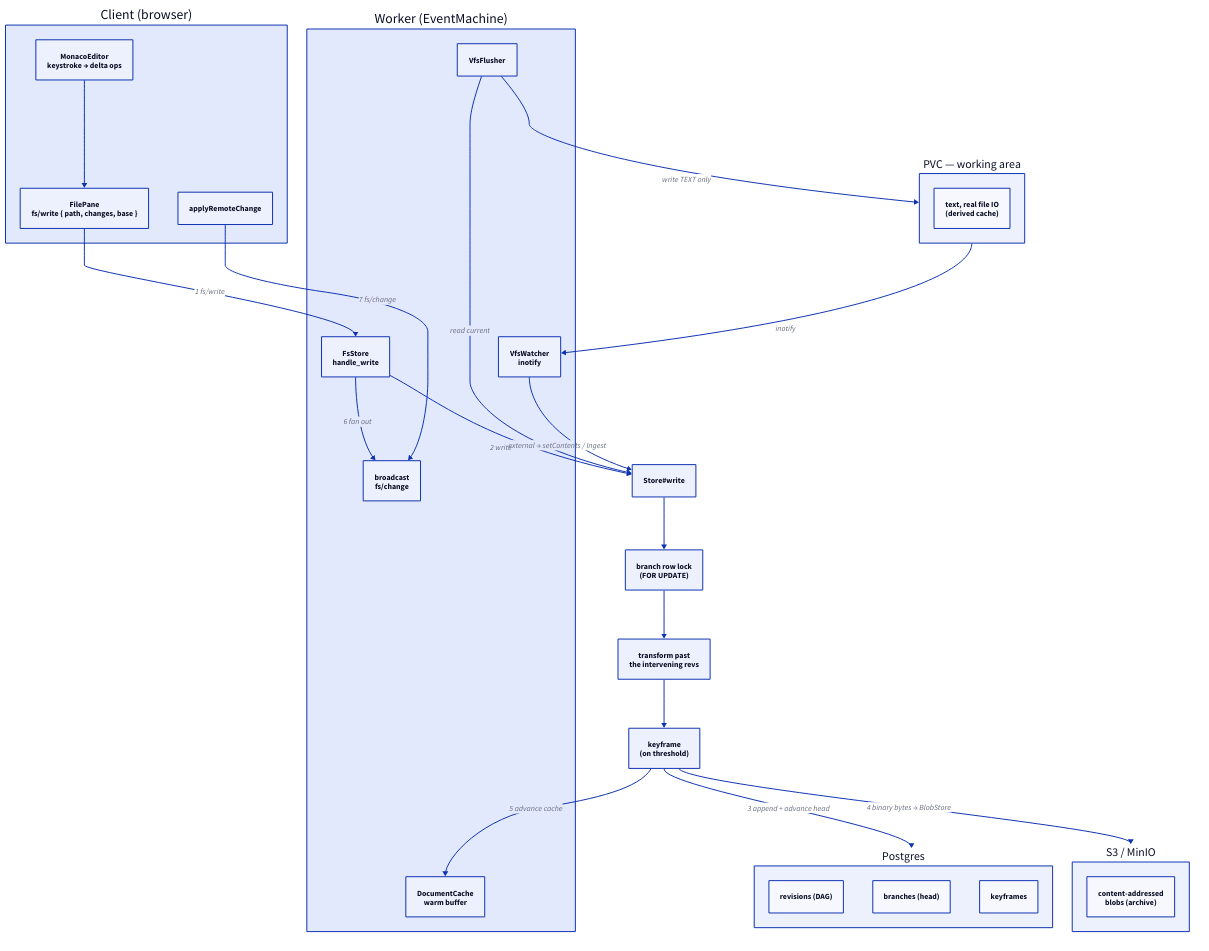
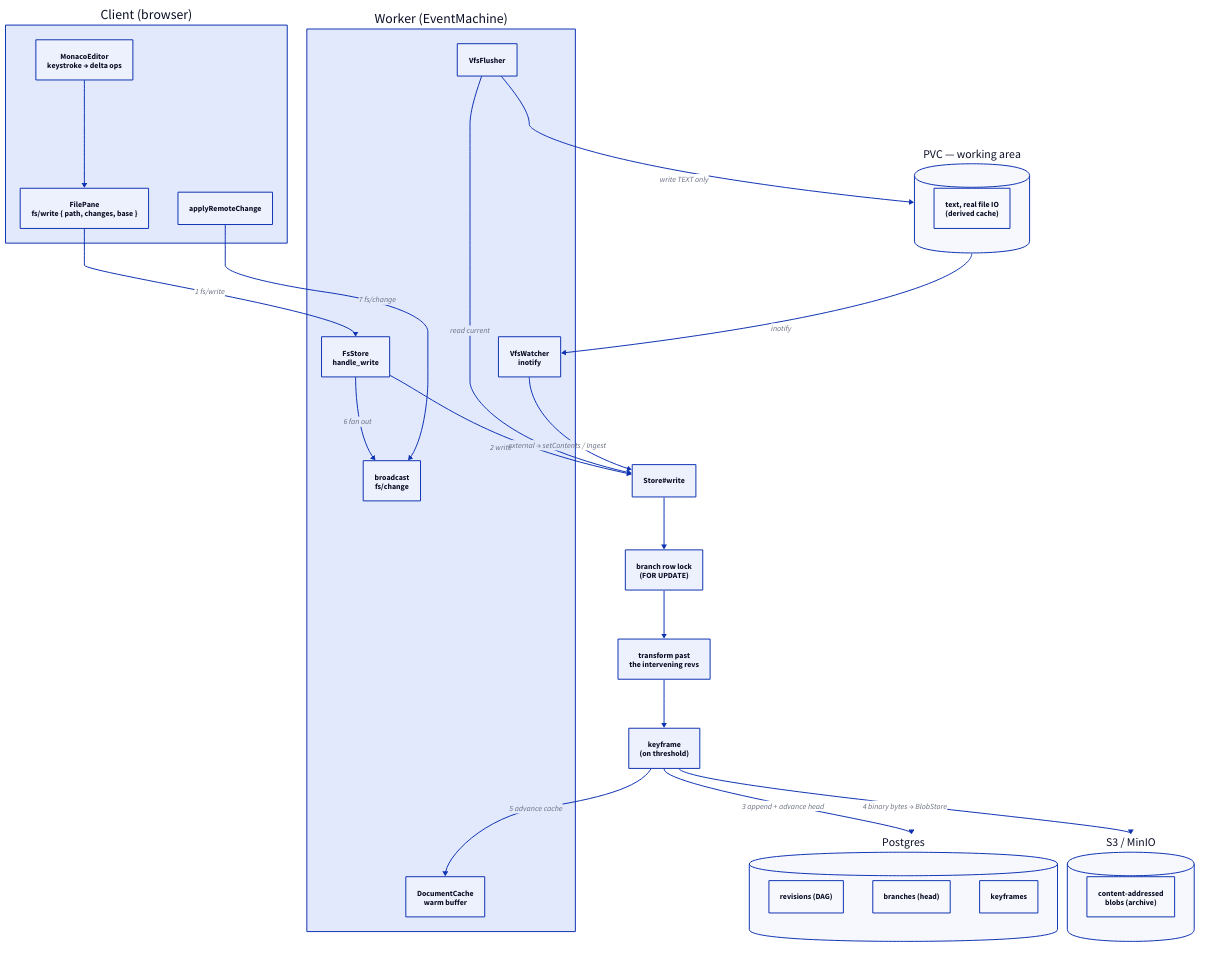
Before and after one commit to fdimitri/carbide2-docs: the second of 2 diagrams in src/content/docs/design/decisions/adr-034-dbfs-v2.mdx, drawn with D2.

Commit message:
ADR-034: render the backing stores as cylinders again
They stopped looking like databases when they became containers to hold their
sub-items: shape only applied to leaves. d2 honours shape: cylinder on a
container too, so set it on the Postgres / S3 / PVC containers in place of the
box outline. Verified 3 cylinder outlines in the rendered SVG and the
Client -> Worker -> DBFS -> stores order unchanged.

````diff
--- a/src/content/docs/design/decisions/adr-034-dbfs-v2.mdx
+++ b/src/content/docs/design/decisions/adr-034-dbfs-v2.mdx
@@ -128,65 +128,65 @@
 ```d2
 # Vertical levels. Client / Worker / each store are VISIBLE containers;
 # the invisible wrappers only group each level in a row.
 direction: down
 
 client: "Client (browser)" {
   direction: right
   mon: "MonacoEditor\nkeystroke → delta ops"
   pane: "FilePane\nfs/write { path, changes, base }"
   apply: "applyRemoteChange"
   mon -> pane
 }
 
 worker: "Worker (EventMachine)" {
   direction: right
   fs: "FsStore\nhandle_write"
   doc: "DocumentCache\nwarm buffer"
   bc: "broadcast\nfs/change"
   fl: "VfsFlusher"
   wt: "VfsWatcher\ninotify"
 }
 
 dbfs: "" {
   style: { stroke-width: 0; fill: transparent }
   direction: right
   store: "Store#write"
   lock: "branch row lock\n(FOR UPDATE)"
   xf: "transform past\nthe intervening revs"
   kf: "keyframe\n(on threshold)"
   store -> lock -> xf -> kf
 }
 
 stores: "" {
   style: { stroke-width: 0; fill: transparent }
   direction: right
-  pg: "Postgres" {
+  pg: "Postgres" {shape: cylinder
     direction: down
     rev: "revisions (DAG)"
     br: "branches (head)"
     kfr: "keyframes"
   }
-  s3: "S3 / MinIO" {
+  s3: "S3 / MinIO" {shape: cylinder
     direction: down
     blobs: "content-addressed\nblobs (archive)"
   }
-  pvc: "PVC — working area" {
+  pvc: "PVC — working area" {shape: cylinder
     direction: down
     live: "text, real file IO\n(derived cache)"
   }
 }
 
 client.pane -> worker.fs: "1 fs/write"
 worker.fs -> dbfs.store: "2 write"
 dbfs.kf -> stores.pg: "3 append + advance head"
 dbfs.kf -> stores.s3: "4 binary bytes → BlobStore"
 dbfs.kf -> worker.doc: "5 advance cache"
 worker.fs -> worker.bc: "6 fan out"
 # drawn client->worker so the client stays the top layer; the arrowhead points
 # back at the client, i.e. the worker fans the change out to it (step 7).
 client.apply -> worker.bc: "7 fs/change" {source-arrowhead.shape: arrow}
 worker.fl -> dbfs.store: "read current"
 worker.fl -> stores.pvc: "write TEXT only"
 stores.pvc -> worker.wt: "inotify"
 worker.wt -> dbfs.store: "external → setContents / Ingest"
 ```
````
